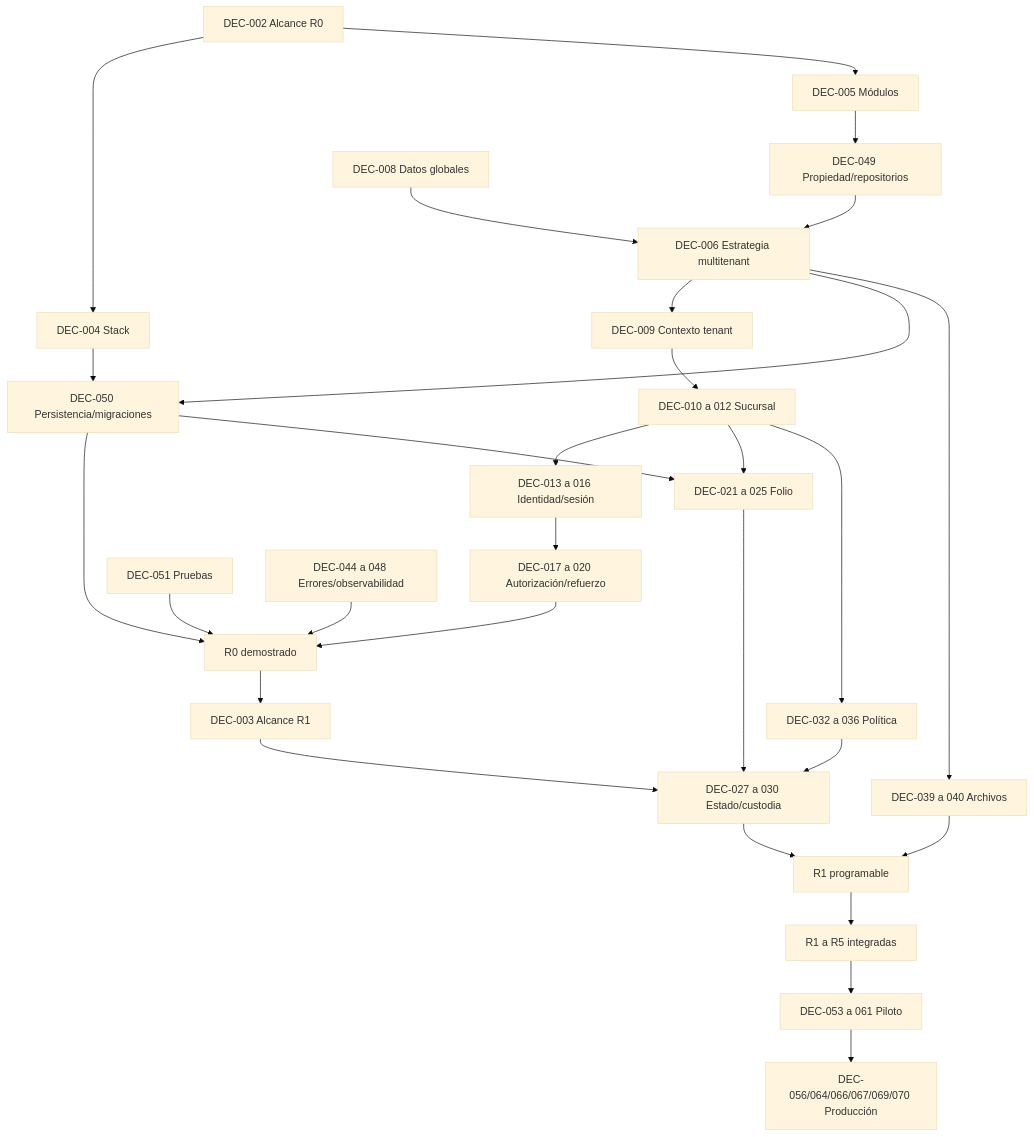
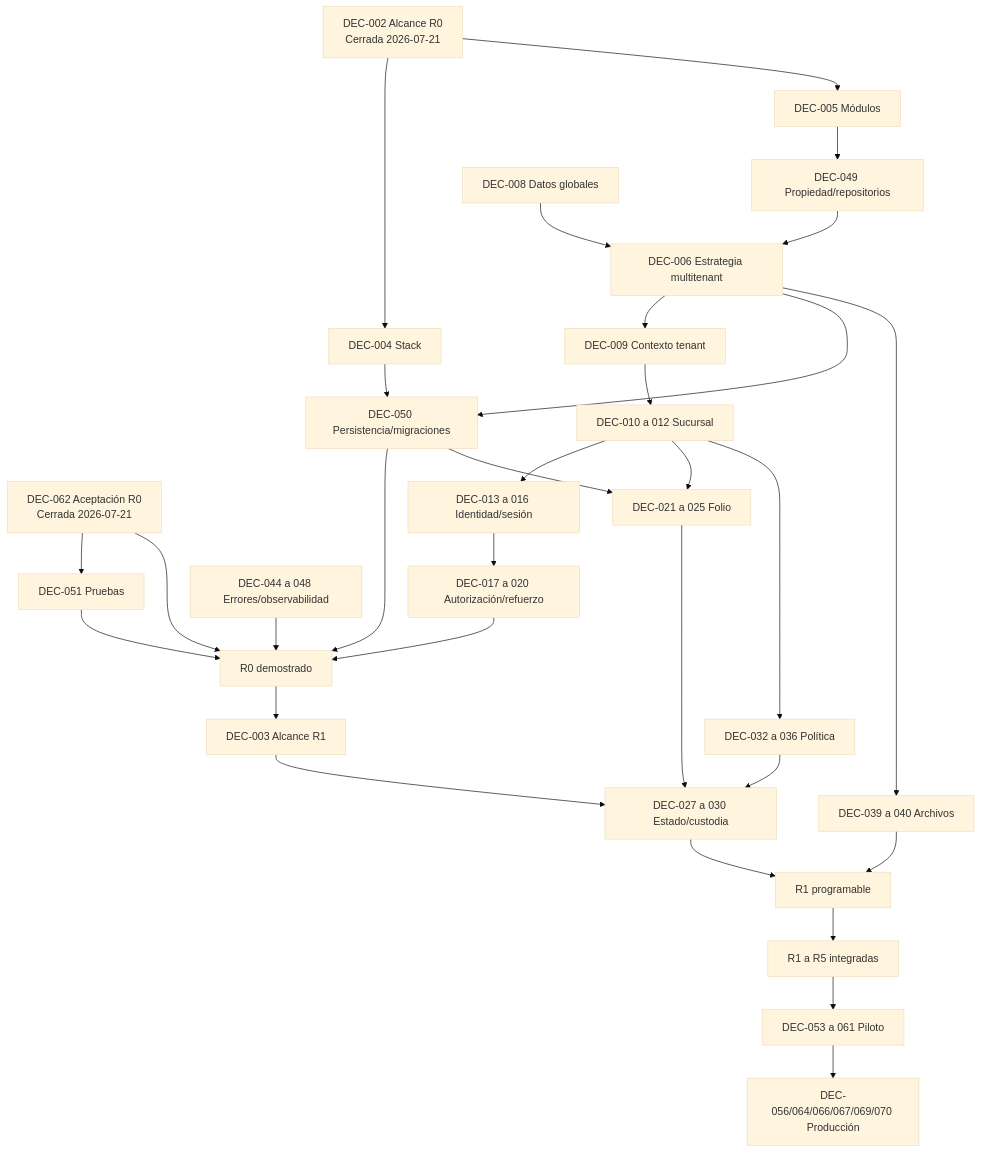
The diagram in docs/architecture-readiness/blocker-closure/DEPENDENCIAS_ENTRE_DECISIONES.md (luisgtzaviles/SrTaller-2.0), drawn with Mermaid (base theme) before and after one commit. The commit also changed other lines of this file and 23 other files, not shown here.

````diff
--- a/docs/architecture-readiness/blocker-closure/DEPENDENCIAS_ENTRE_DECISIONES.md
+++ b/docs/architecture-readiness/blocker-closure/DEPENDENCIAS_ENTRE_DECISIONES.md
@@ -5,35 +5,37 @@
 ```mermaid
 flowchart TD
-    SCOPE[DEC-002 Alcance R0] --> STACK[DEC-004 Stack]
+    SCOPE[DEC-002 Alcance R0<br/>Cerrada 2026-07-21] --> STACK[DEC-004 Stack]
     SCOPE --> MODULES[DEC-005 Módulos]
+    ACCEPT[DEC-062 Aceptación R0<br/>Cerrada 2026-07-21] --> TEST[DEC-051 Pruebas]
+    ACCEPT --> R0
     STACK --> DATA[DEC-050 Persistencia/migraciones]
     MODULES --> OWN[DEC-049 Propiedad/repositorios]
 
     GLOBAL[DEC-008 Datos globales] --> MT[DEC-006 Estrategia multitenant]
     OWN --> MT
     MT --> TC[DEC-009 Contexto tenant]
     TC --> BR[DEC-010 a 012 Sucursal]
     BR --> ID[DEC-013 a 016 Identidad/sesión]
     ID --> AUTH[DEC-017 a 020 Autorización/refuerzo]
     MT --> DATA
 
     TEST[DEC-051 Pruebas] --> R0[R0 demostrado]
     AUTH --> R0
     DATA --> R0
     OBS[DEC-044 a 048 Errores/observabilidad] --> R0
 
     R0 --> R1S[DEC-003 Alcance R1]
     BR --> FOLIO[DEC-021 a 025 Folio]
     DATA --> FOLIO
     R1S --> CUST[DEC-027 a 030 Estado/custodia]
     FOLIO --> CUST
     BR --> POLICY[DEC-032 a 036 Política]
     POLICY --> CUST
     MT --> FILES[DEC-039 a 040 Archivos]
     CUST --> R1[R1 programable]
     FILES --> R1
 
     R1 --> MVP[R1 a R5 integradas]
     MVP --> PILOT[DEC-053 a 061 Piloto]
     PILOT --> PROD[DEC-056/064/066/067/069/070 Producción]
 ```
````
